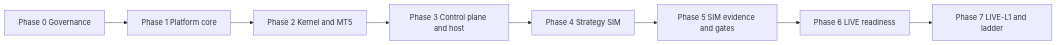
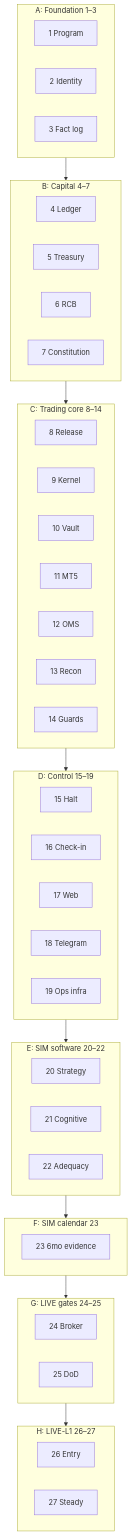
One commit to kenny268/Sata changed the diagram in docs/design/group_a/README.md. Above: the diagram before and after it, drawn with Mermaid. The commit also changed other lines of this file and 4 other files, not shown here.

````diff
--- a/docs/design/group_a/README.md
+++ b/docs/design/group_a/README.md
@@ -30,13 +76,47 @@
 ```mermaid
-flowchart LR
-  P0[Phase 0 Governance]
-  P1[Phase 1 Platform core]
-  P2[Phase 2 Kernel and MT5]
-  P3[Phase 3 Control plane and host]
-  P4[Phase 4 Strategy SIM]
-  P5[Phase 5 SIM evidence and gates]
-  P6[Phase 6 LIVE readiness]
-  P7[Phase 7 LIVE-L1 and ladder]
-
-  P0 --> P1 --> P2 --> P3 --> P4 --> P5 --> P6 --> P7
+flowchart TB
+  subgraph A["A: Foundation 1–3"]
+    P1[1 Program]
+    P2[2 Identity]
+    P3[3 Fact log]
+  end
+  subgraph B["B: Capital 4–7"]
+    P4[4 Ledger]
+    P5[5 Treasury]
+    P6[6 RCB]
+    P7[7 Constitution]
+  end
+  subgraph C["C: Trading core 8–14"]
+    P8[8 Release]
+    P9[9 Kernel]
+    P10[10 Vault]
+    P11[11 MT5]
+    P12[12 OMS]
+    P13[13 Recon]
+    P14[14 Guards]
+  end
+  subgraph D["D: Control 15–19"]
+    P15[15 Halt]
+    P16[16 Check-in]
+    P17[17 Web]
+    P18[18 Telegram]
+    P19[19 Ops infra]
+  end
+  subgraph E["E: SIM software 20–22"]
+    P20[20 Strategy]
+    P21[21 Cognitive]
+    P22[22 Adequacy]
+  end
+  subgraph F["F: SIM calendar 23"]
+    P23[23 6mo evidence]
+  end
+  subgraph G["G: LIVE gates 24–25"]
+    P24[24 Broker]
+    P25[25 DoD]
+  end
+  subgraph H["H: LIVE-L1 26–27"]
+    P26[26 Entry]
+    P27[27 Steady]
+  end
+  A --> B --> C --> D --> E --> F --> G --> H
 ```
````
